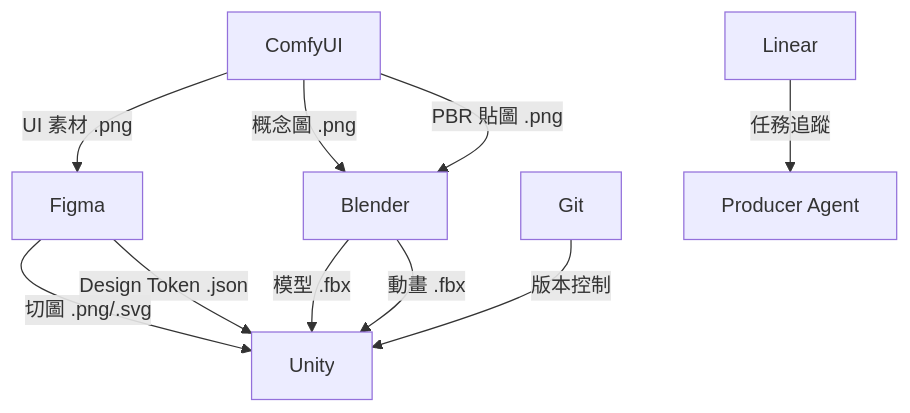
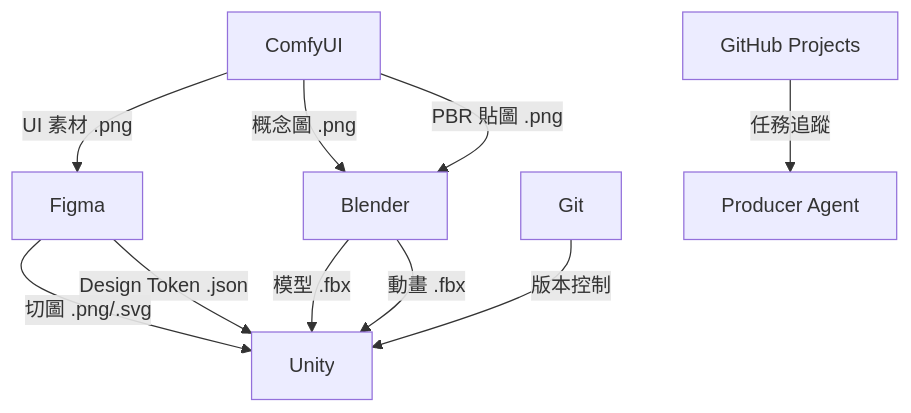
The fifth of 10 diagrams in README.md (hoycdanny/kiro-multi-agent-game-studio), drawn with Mermaid before and after one commit. The commit also changed other lines of this file and 42 other files, not shown here.

````diff
--- a/README.md
+++ b/README.md
@@ -1299,12 +1566,12 @@
 ```mermaid
 graph TD
     ComfyUI -->|概念圖 .png| Blender
     ComfyUI -->|PBR 貼圖 .png| Blender
     ComfyUI -->|UI 素材 .png| Figma
     Figma -->|切圖 .png/.svg| Unity
     Figma -->|Design Token .json| Unity
     Blender -->|模型 .fbx| Unity
     Blender -->|動畫 .fbx| Unity
     Git -->|版本控制| Unity
-    Linear -->|任務追蹤| Producer[Producer Agent]
+    GHProjects["GitHub Projects"] -->|任務追蹤| Producer[Producer Agent]
 ```
````
